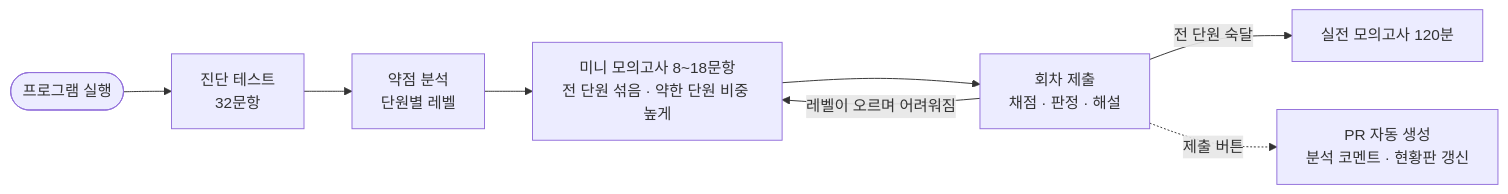
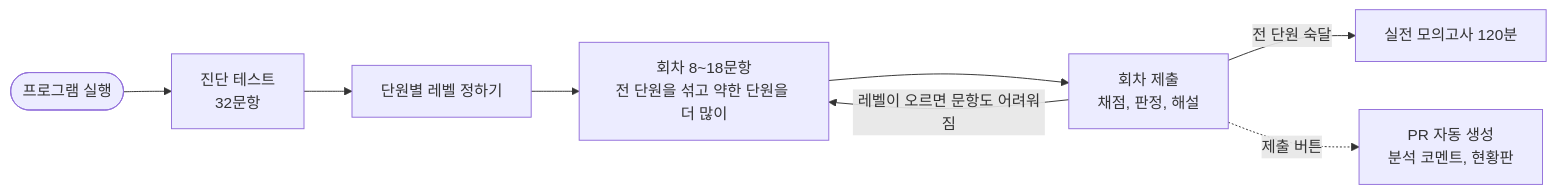
One commit to WaterMinCho/rokey-python-study changed the diagram in README.md. Above: the diagram before and after it, drawn with Mermaid. The commit also changed other lines of this file and 16 other files, not shown here.

````diff
--- a/README.md
+++ b/README.md
@@ -71,10 +70,10 @@
 ```mermaid
 flowchart LR
     S([프로그램 실행]) --> D[진단 테스트<br/>32문항]
-    D --> A[약점 분석<br/>단원별 레벨]
-    A --> R[미니 모의고사 8~18문항<br/>전 단원 섞음 · 약한 단원 비중 높게]
-    R --> G[회차 제출<br/>채점 · 판정 · 해설]
-    G -->|레벨이 오르며 어려워짐| R
+    D --> A[단원별 레벨 정하기]
+    A --> R[회차 8~18문항<br/>전 단원을 섞고 약한 단원을 더 많이]
+    R --> G[회차 제출<br/>채점, 판정, 해설]
+    G -->|레벨이 오르면 문항도 어려워짐| R
     G -->|전 단원 숙달| M[실전 모의고사 120분]
-    G -.->|제출 버튼| C[PR 자동 생성<br/>분석 코멘트 · 현황판 갱신]
+    G -.->|제출 버튼| C[PR 자동 생성<br/>분석 코멘트, 현황판]
 ```
````
